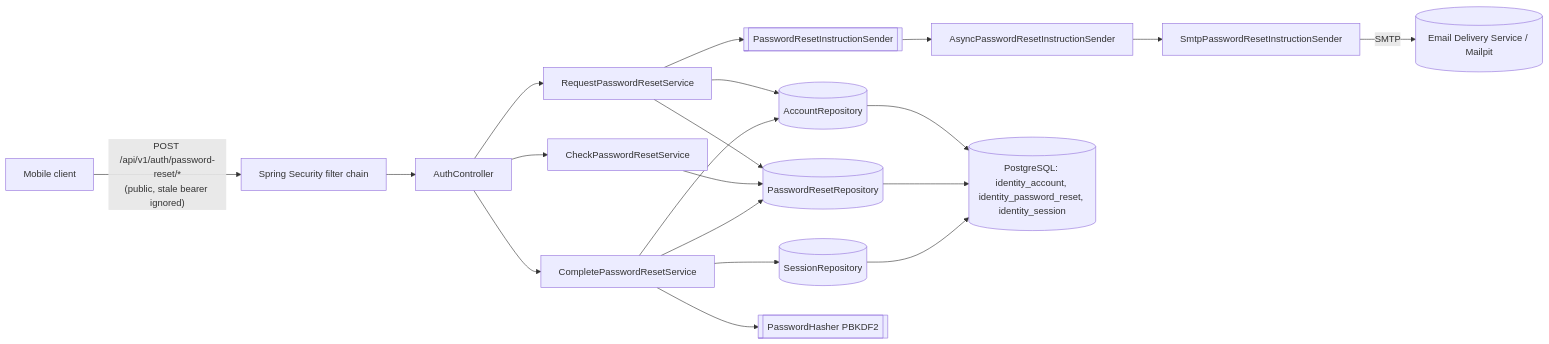
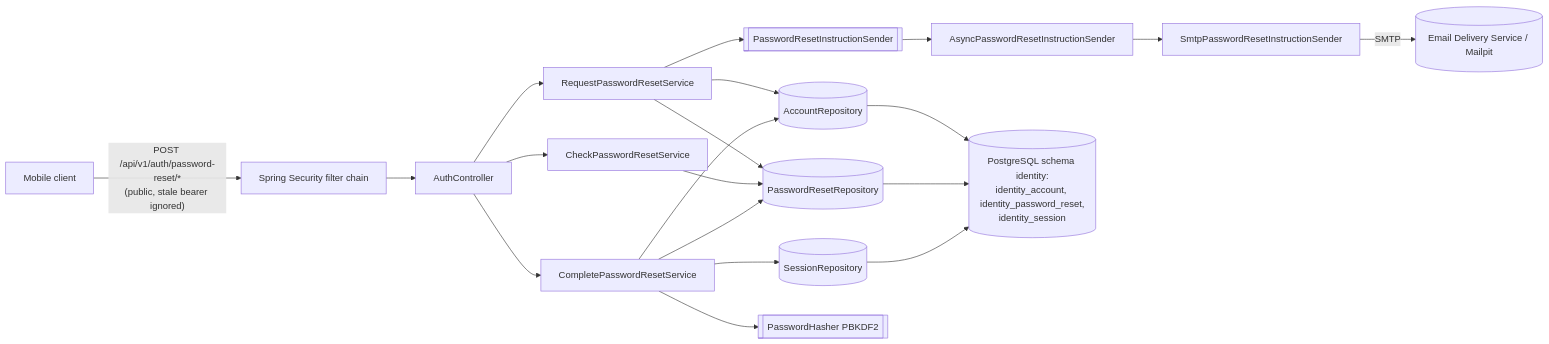
The second of 5 diagrams in docs/06-scrum/sprints/sprint-02/implementation-guides/US-AUTH-005-guide.md (luubinhdeptrai/CapsuleAI), drawn with Mermaid before and after one commit. The commit also changed other lines of this file and 51 other files, not shown here.

Commit message:
add schema per context boundary rule

````diff
--- a/docs/06-scrum/sprints/sprint-02/implementation-guides/US-AUTH-005-guide.md
+++ b/docs/06-scrum/sprints/sprint-02/implementation-guides/US-AUTH-005-guide.md
@@ -1004,20 +1076,20 @@
 ```mermaid
 flowchart LR
     client[Mobile client] -->|"POST /api/v1/auth/password-reset/*<br/>(public, stale bearer ignored)"| chain[Spring Security filter chain]
     chain --> controller[AuthController]
     controller --> request[RequestPasswordResetService]
     controller --> check[CheckPasswordResetService]
     controller --> complete[CompletePasswordResetService]
     request --> accounts[(AccountRepository)]
     request --> resets[(PasswordResetRepository)]
     request --> sender[[PasswordResetInstructionSender]]
     check --> resets
     complete --> accounts
     complete --> resets
     complete --> sessions[(SessionRepository)]
     complete --> hasher[[PasswordHasher PBKDF2]]
     sender --> async[AsyncPasswordResetInstructionSender]
     async --> smtp[SmtpPasswordResetInstructionSender]
     smtp -->|SMTP| provider[(Email Delivery Service / Mailpit)]
-    accounts & resets & sessions --> pg[(PostgreSQL: identity_account, identity_password_reset, identity_session)]
+    accounts & resets & sessions --> pg[(PostgreSQL schema identity:<br/>identity_account, identity_password_reset,<br/>identity_session)]
 ```
````
